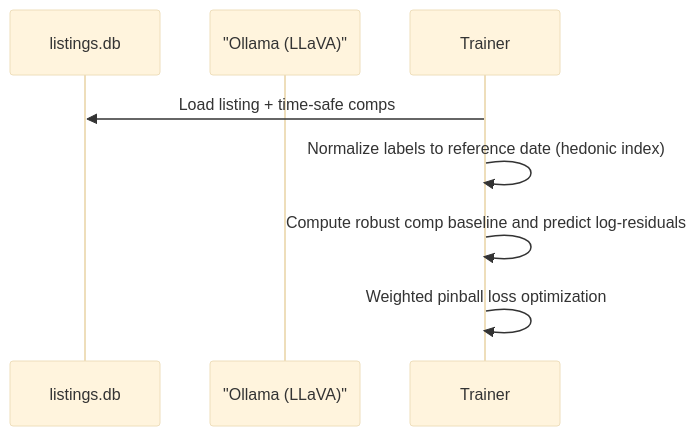
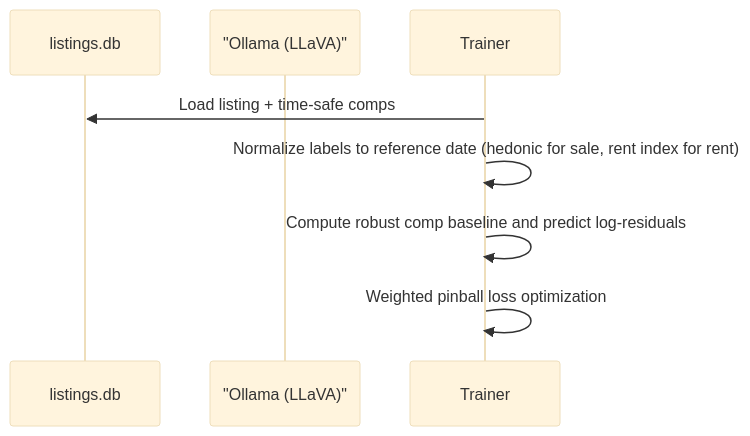
Before and after one commit to Nirtzur0/PropertyScanner: the fourth of 4 diagrams in docs/02_data_pipeline.md, drawn with Mermaid (base theme). The commit also changed other lines of this file and 55 other files, not shown here.

Commit message:
feat: add VLM input visualization and update roadmap

````diff
--- a/docs/02_data_pipeline.md
+++ b/docs/02_data_pipeline.md
@@ -100,11 +113,11 @@
 ```mermaid
 sequenceDiagram
     participant DB as listings.db
     participant VLM as "Ollama (LLaVA)"
     participant Train as Trainer
 
     Train->>DB: Load listing + time-safe comps
-    Train->>Train: Normalize labels to reference date (hedonic index)
+    Train->>Train: Normalize labels to reference date (hedonic for sale, rent index for rent)
     Train->>Train: Compute robust comp baseline and predict log-residuals
     Train->>Train: Weighted pinball loss optimization
 ```
````
